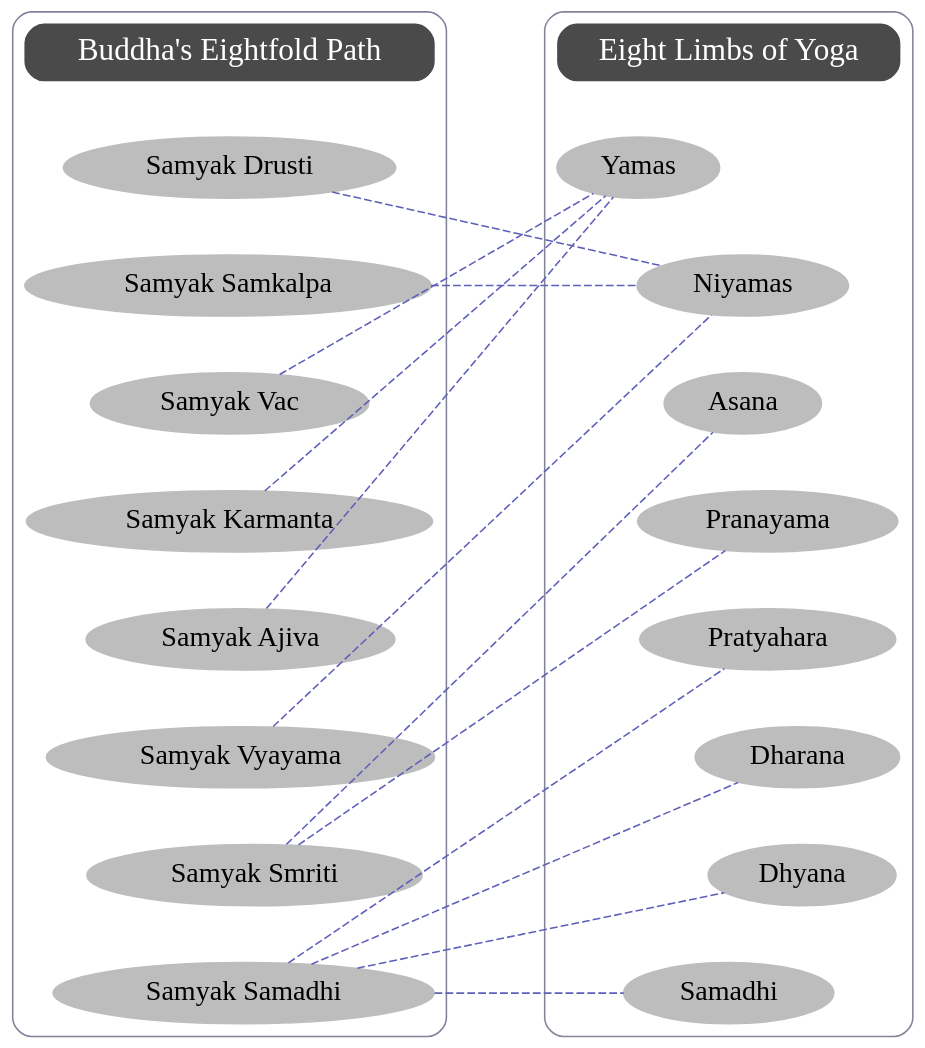
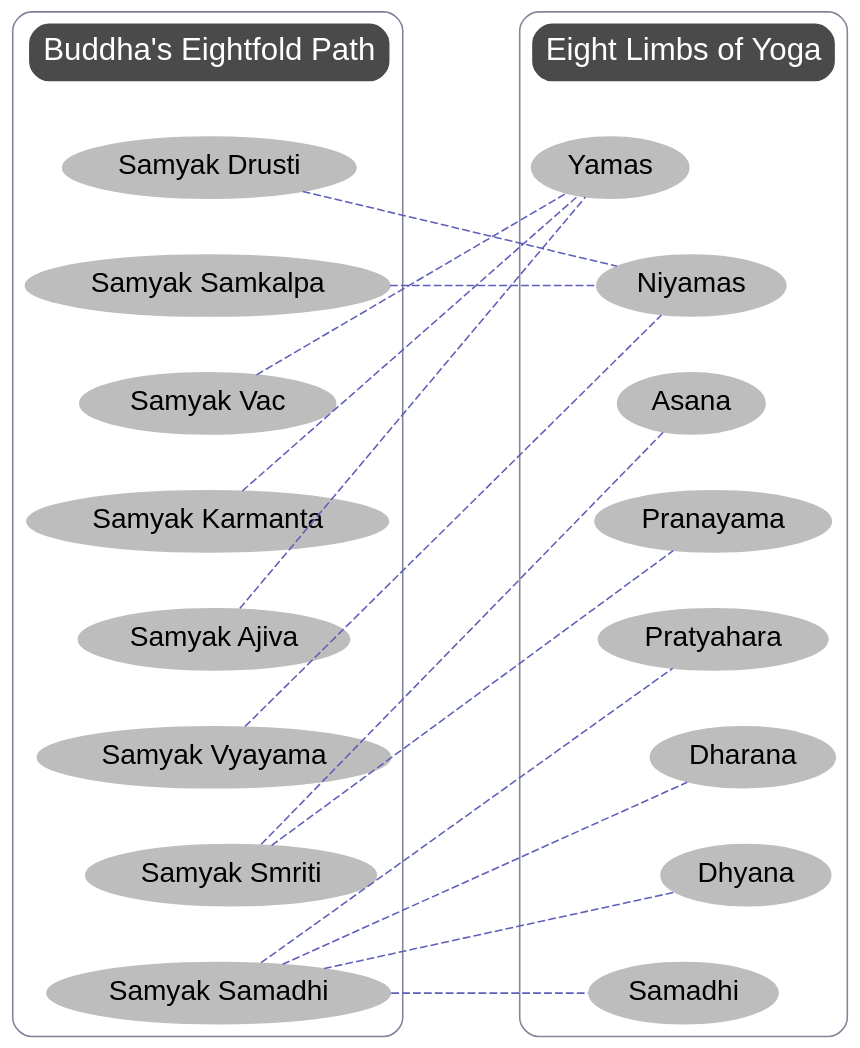
The diagram in src/lib/flowchart.dot (riziles/sveleton-test01), drawn with Graphviz before and after one commit. The commit also changed 2 other files, not shown here.

```diff
--- a/src/lib/flowchart.dot
+++ b/src/lib/flowchart.dot
@@ -1,86 +1,86 @@
 graph G {
 
 bgcolor="transparent";
   newrank=true;
   splines = false
 
-  node [style="filled,rounded",color="#bdbdbd",fontsize="18pt"];
+  node [style="filled,rounded",color="#bdbdbd",fontsize="18pt",fontname="Arial"];
   edge [style=dashed,color="#5d5fb8"];
  
 {
   rank = same; 
   alabel[color="#4a4a4a",fontcolor=white,shape=box,fontsize="20pt"]; 
   blabel[color="#4a4a4a",fontcolor=white,shape=box,fontsize="20pt"]; }
 {
   rank = same; a0; b0; }
 {
   rank = same; a1; b1; }
 {
   rank = same; a2; b2; }
 {
   rank = same; a3; b3; }
 {
   rank = same; a4; b4; }
 {
   rank = same; a5; b5; }
 {
   rank = same; a6; b6; }
 {
   rank = same; a7; b7; }
 
   a0 -- b1;
   a1 -- b1;
   a2 -- b0;
   a3 -- b0;
   a4 -- b0;
   a7 -- b7;
   a5 -- b1;
   a6 -- b2;
   a6 -- b3;
   a7 -- b6;
   a7 -- b4;
   a7 -- b5;
 
   subgraph cluster_0 {
     style=rounded;
     bgcolor="transparent"
     color="#81819c";
     edge [style="invis"];
     alabel -- a0;
     a0 -- a1 -- a2 -- a3 -- a4 -- a5 -- a6 -- a7;
 
   };
 
   subgraph cluster_1 {
     style=rounded;
     bgcolor="transparent"
     color="#858597";
     edge [style="invis"];
     node [style=filled,color=white];
     blabel -- b0
     b0 -- b1 -- b2 -- b3 -- b4 -- b5 -- b6 -- b7;
   }  ;
   
   alabel [label="Buddha's Eightfold Path"]
   blabel [label="Eight Limbs of Yoga"]
   a0 [label="Samyak Drusti"]
   a1 [label="Samyak Samkalpa"]
   a2 [label="Samyak Vac"]
   a3 [label="Samyak Karmanta"]
   a4 [label="Samyak Ajiva"]
   a5 [label="Samyak Vyayama"]
   a6 [label="Samyak Smriti"]
   a7 [label="Samyak Samadhi"]
 
   
   b0 [label="Yamas"]
   b1 [label="Niyamas"]
   b2 [label="Asana"]
   b3 [label="Pranayama"]
   b4 [label="Pratyahara"]
   b5 [label="Dharana"]
   b6 [label="Dhyana"]
   b7 [label="Samadhi"]
  
   
 }
```
